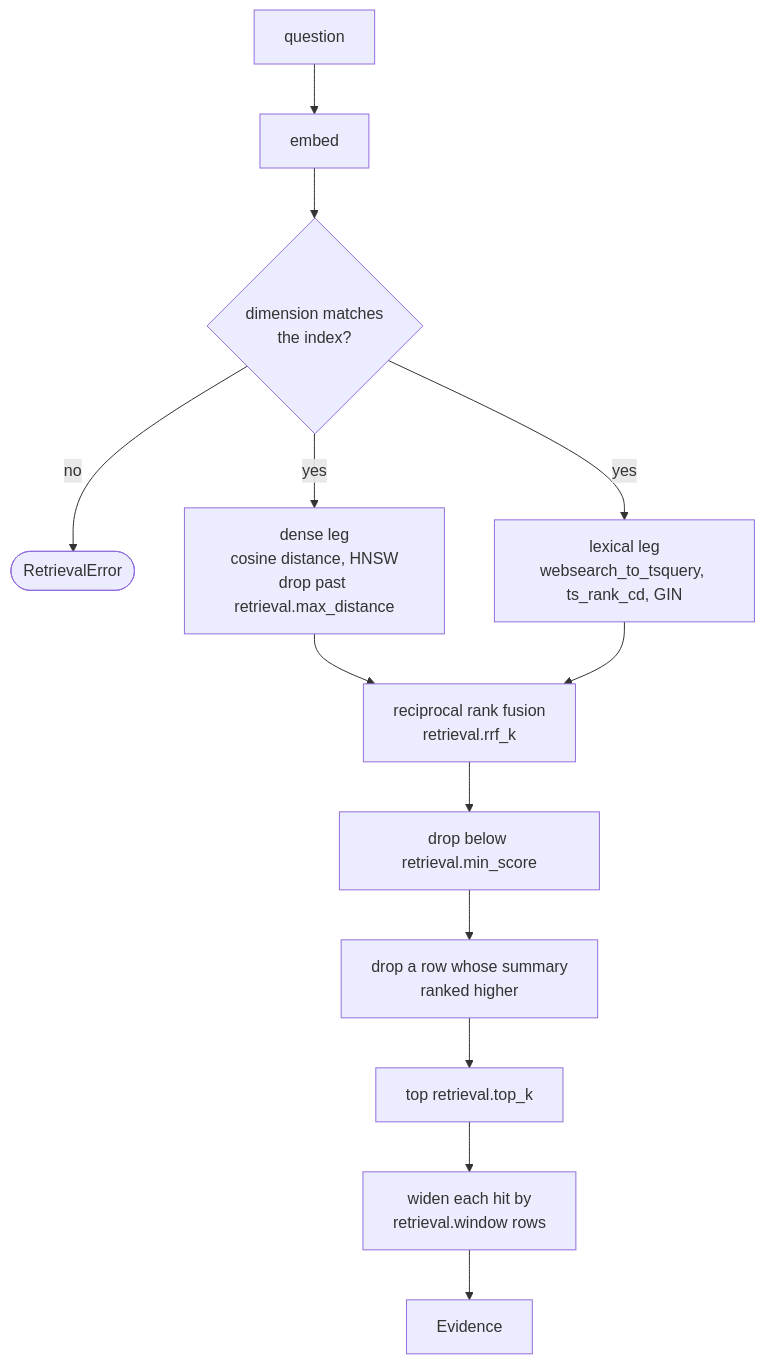
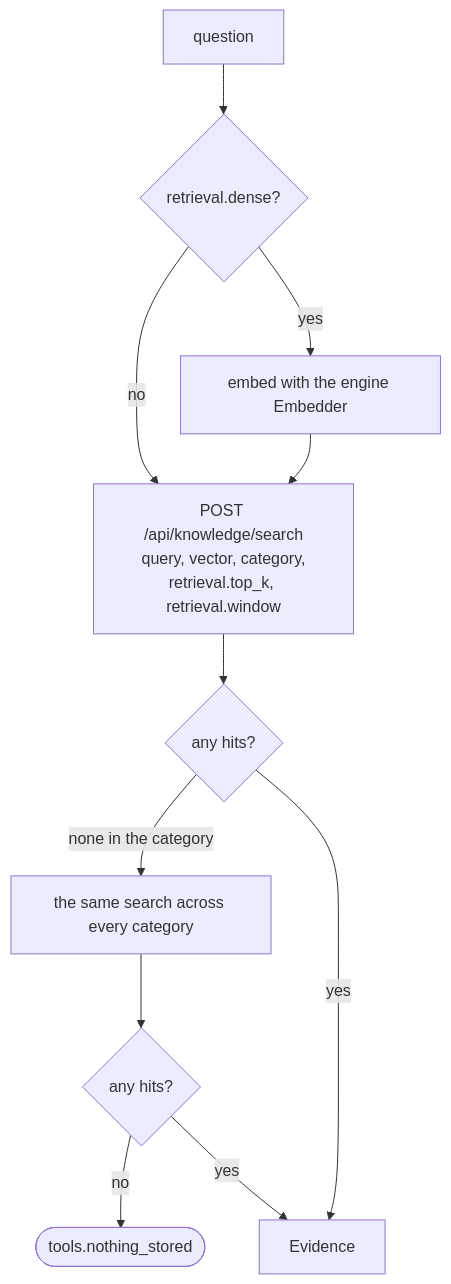
The fifth of 8 diagrams in docs/ARCHITECTURE.md (ashworks1706/SparkyAI), drawn with Mermaid before and after one commit. The commit also changed other lines of this file and 256 other files, not shown here.

````diff
--- a/docs/ARCHITECTURE.md
+++ b/docs/ARCHITECTURE.md
@@ -562,15 +486,13 @@
 ```mermaid
 flowchart TD
-    Q["question"] --> EMB["embed"]
-    EMB --> DIM{"dimension matches<br/>the index?"}
-    DIM -->|no| ERR(["RetrievalError"])
-    DIM -->|yes| DENSE["dense leg<br/>cosine distance, HNSW<br/>drop past retrieval.max_distance"]
-    DIM -->|yes| LEX["lexical leg<br/>websearch_to_tsquery, ts_rank_cd, GIN"]
-    DENSE --> RRF["reciprocal rank fusion<br/>retrieval.rrf_k"]
-    LEX --> RRF
-    RRF --> MIN["drop below retrieval.min_score"]
-    MIN --> TREE["drop a row whose summary<br/>ranked higher"]
-    TREE --> TOPK["top retrieval.top_k"]
-    TOPK --> WIN["widen each hit by<br/>retrieval.window rows"]
-    WIN --> EV["Evidence"]
+    Q["question"] --> DENSE{"retrieval.dense?"}
+    DENSE -->|yes| EMB["embed with the engine Embedder"]
+    DENSE -->|no| REQ
+    EMB --> REQ["POST /api/knowledge/search<br/>query, vector, category,<br/>retrieval.top_k, retrieval.window"]
+    REQ --> HITS{"any hits?"}
+    HITS -->|"none in the category"| BROAD["the same search across every category"]
+    BROAD --> HITS2{"any hits?"}
+    HITS2 -->|no| EMPTY(["tools.nothing_stored"])
+    HITS2 -->|yes| EV
+    HITS -->|yes| EV["Evidence"]
 ```
````
